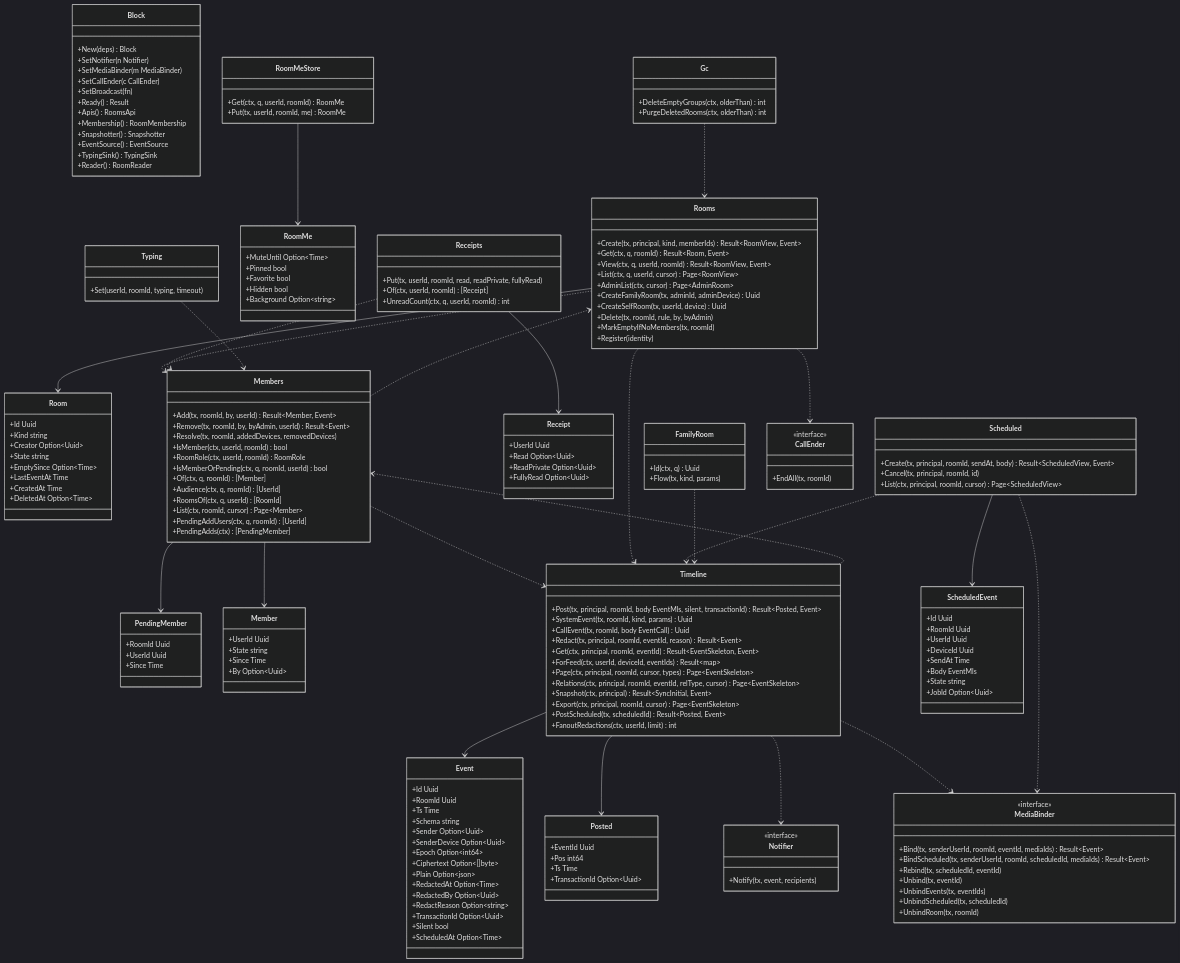
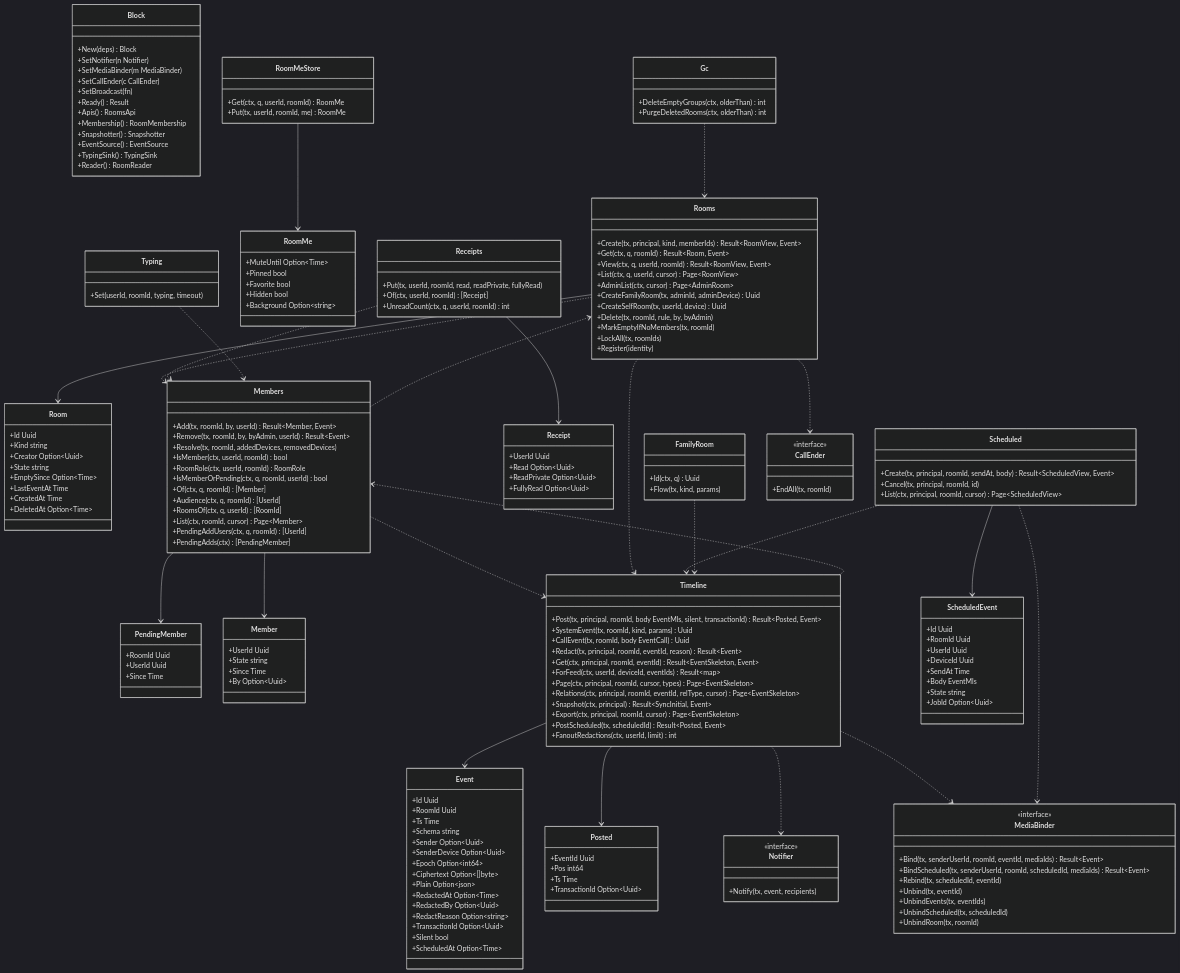
One commit to nrsd-ishikawasou/family-talk-pwa changed the diagram in dev/docs/jp/ブロック/srv-rooms.md. Above: the diagram before and after it, drawn with Mermaid (dark theme). The commit also changed other lines of this file and 75 other files, not shown here.

```diff
--- a/dev/docs/jp/ブロック/srv-rooms.md
+++ b/dev/docs/jp/ブロック/srv-rooms.md
@@ -101,6 +105,7 @@
     +CreateSelfRoom(tx, userId, device) Uuid
     +Delete(tx, roomId, rule, by, byAdmin)
     +MarkEmptyIfNoMembers(tx, roomId)
+    +LockAll(tx, roomIds)
     +Register(identity)
   }
   class Members {
```
